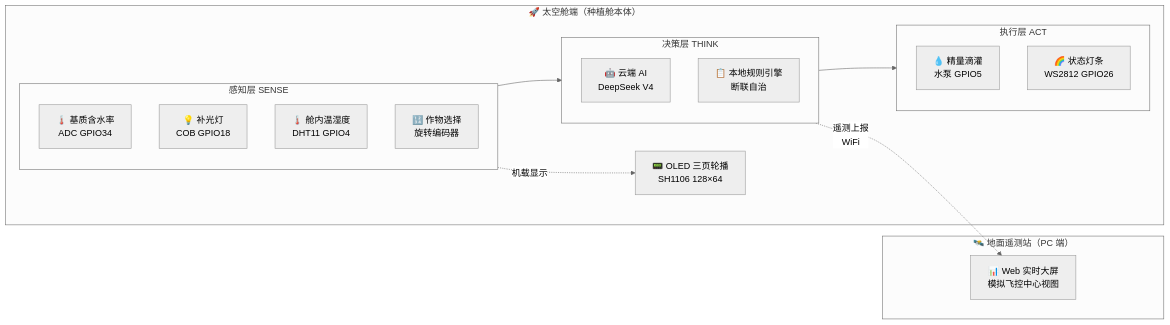
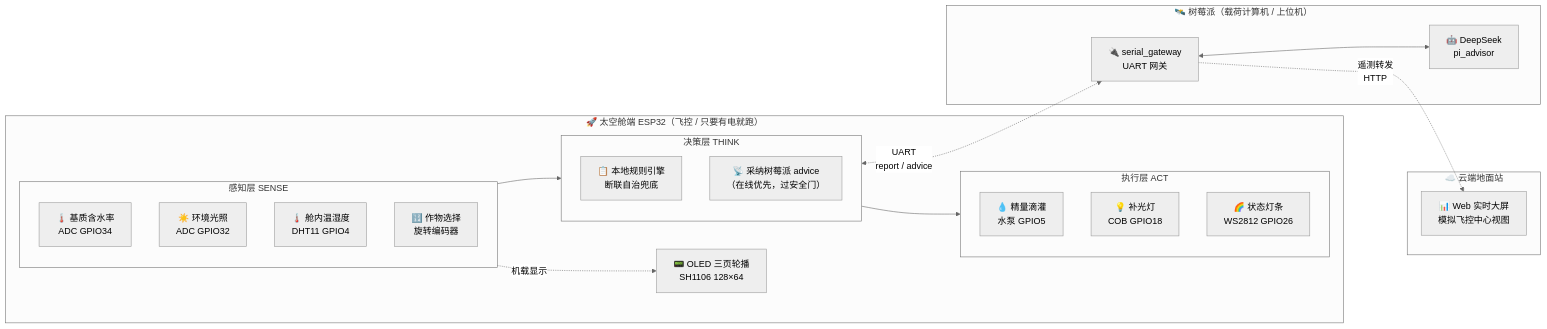
One commit to Dora321/space-agriculture-capsule changed the diagram in README.md. Above: the diagram before and after it, drawn with Mermaid (neutral theme). The commit also changed other lines of this file and 2 other files, not shown here.

First line of the commit message:
docs: 对齐营销/测试文档到双层架构（mermaid/技术栈/测试指南）

````diff
--- a/README.md
+++ b/README.md
@@ -82,32 +82,39 @@
 ```mermaid
 flowchart LR
-    subgraph SPACE["🚀 太空舱端（种植舱本体）"]
+    subgraph SPACE["🚀 太空舱端 ESP32（飞控 / 只要有电就跑）"]
         subgraph SENSE["感知层 SENSE"]
             Soil["🌡️ 基质含水率<br/>ADC GPIO34"]
-            Light["☀️ 环境光照<br/>ADC GPIO32"]
+            LightS["☀️ 环境光照<br/>ADC GPIO32"]
             DHT["🌡️ 舱内温湿度<br/>DHT11 GPIO4"]
             DIP["🔢 作物选择<br/>旋转编码器"]
         end
 
         subgraph THINK["决策层 THINK"]
-            AI["🤖 云端 AI<br/>DeepSeek V4"]
-            Local["📋 本地规则引擎<br/>断联自治"]
+            Local["📋 本地规则引擎<br/>断联自治兜底"]
+            PiAdv["📡 采纳树莓派 advice<br/>（在线优先，过安全门）"]
         end
 
         subgraph ACT["执行层 ACT"]
             Pump["💧 精量滴灌<br/>水泵 GPIO5"]
-            Light["💡 补光灯<br/>COB GPIO18"]
+            Lamp["💡 补光灯<br/>COB GPIO18"]
             Strip["🌈 状态灯条<br/>WS2812 GPIO26"]
         end
 
         SENSE --> THINK
         THINK --> ACT
         SENSE -.->|机载显示| OLED["📟 OLED 三页轮播<br/>SH1106 128×64"]
     end
 
-    subgraph GROUND["🛰️ 地面遥测站（PC 端）"]
+    subgraph PI["🛰️ 树莓派（载荷计算机 / 上位机）"]
+        GW["🔌 serial_gateway<br/>UART 网关"]
+        AI["🤖 DeepSeek<br/>pi_advisor"]
+        GW <--> AI
+    end
+
+    subgraph GROUND["☁️ 云端地面站"]
         Web["📊 Web 实时大屏<br/>模拟飞控中心视图"]
     end
 
-    THINK -.->|遥测上报<br/>WiFi| Web
+    THINK <-.->|UART<br/>report / advice| GW
+    GW -.->|遥测转发<br/>HTTP| Web
 ```
````
